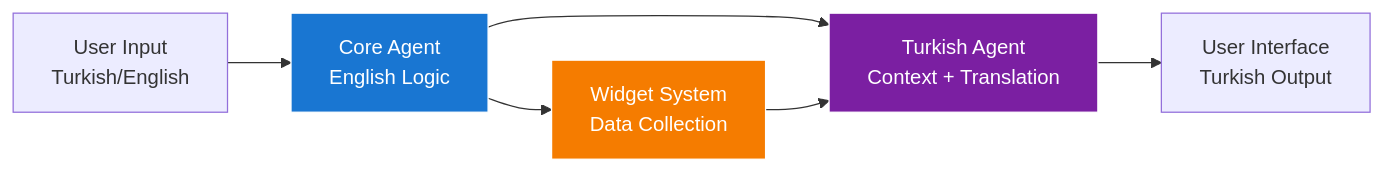
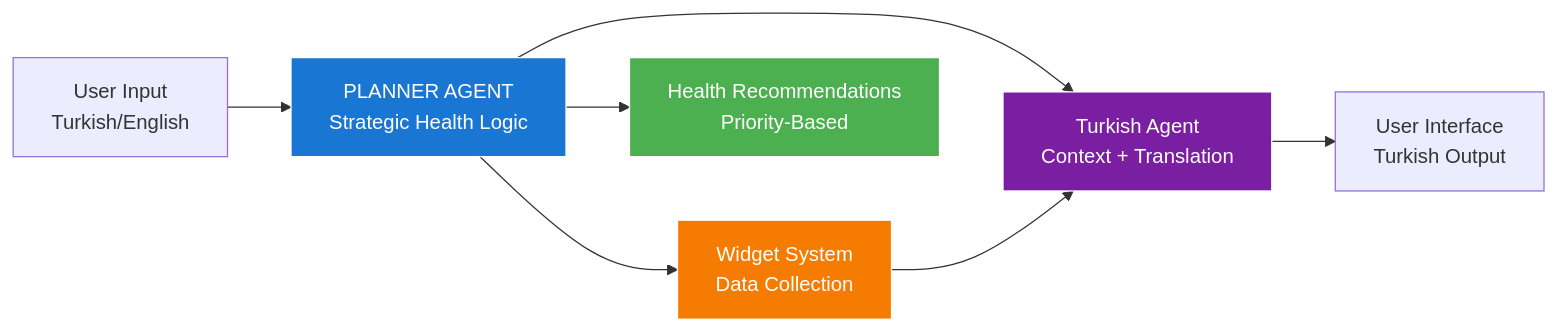
The first of 12 diagrams in IMPLEMENTATION_FLOW.md (PoyrazTahan/onboarding_assistant), drawn with Mermaid before and after one commit. The commit also changed other lines of this file and 2 other files, not shown here.

````diff
--- a/IMPLEMENTATION_FLOW.md
+++ b/IMPLEMENTATION_FLOW.md
@@ -9,13 +9,15 @@
 ```mermaid
 graph LR
-    USER[User Input<br/>Turkish/English] --> CORE[Core Agent<br/>English Logic]
-    CORE --> TURKISH[Turkish Agent<br/>Context + Translation]
+    USER[User Input<br/>Turkish/English] --> PLANNER[PLANNER AGENT<br/>Strategic Health Logic]
+    PLANNER --> TURKISH[Turkish Agent<br/>Context + Translation]
     TURKISH --> UI[User Interface<br/>Turkish Output]
-    
-    CORE --> WIDGETS[Widget System<br/>Data Collection]
+
+    PLANNER --> WIDGETS[Widget System<br/>Data Collection]
+    PLANNER --> RECOMMENDATIONS[Health Recommendations<br/>Priority-Based]
     WIDGETS --> TURKISH
-    
-    style CORE fill:#1976d2,stroke:#ffffff,color:#ffffff
+
+    style PLANNER fill:#1976d2,stroke:#ffffff,color:#ffffff
     style TURKISH fill:#7b1fa2,stroke:#ffffff,color:#ffffff
     style WIDGETS fill:#f57c00,stroke:#ffffff,color:#ffffff
+    style RECOMMENDATIONS fill:#4caf50,stroke:#ffffff,color:#ffffff
 ```
````
